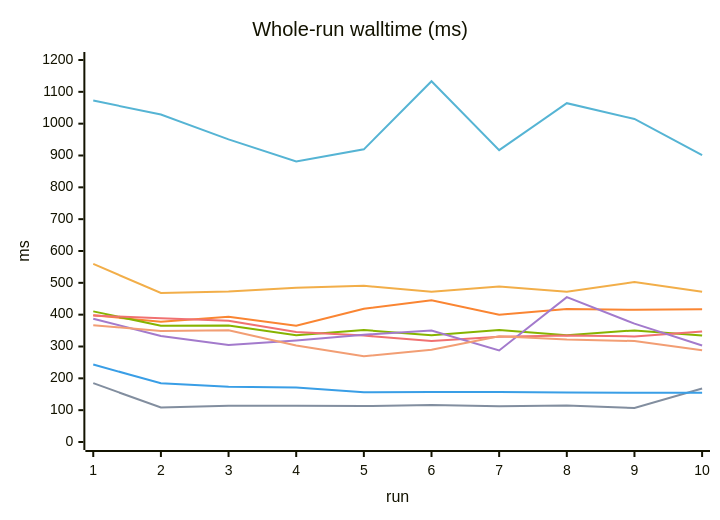
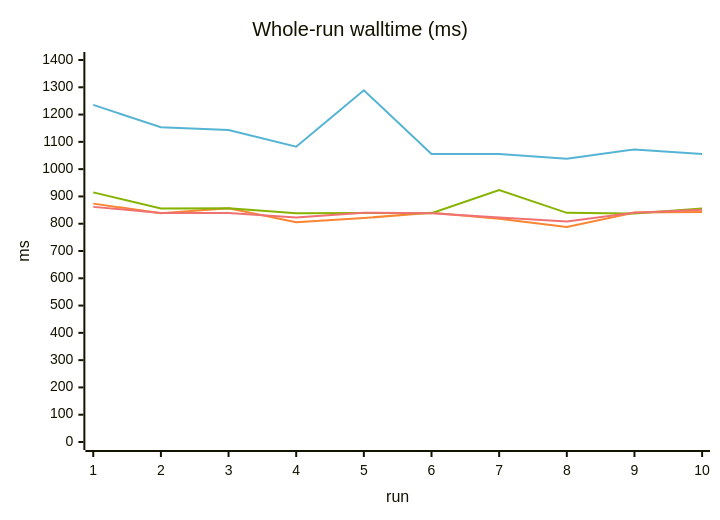
Before and after one commit to OpenPolyfill/WebHID: the third of 3 diagrams in docs/BENCHMARK.md, drawn with Mermaid. The commit also changed other lines of this file and 5 other files, not shown here.

````diff
--- a/docs/BENCHMARK.md
+++ b/docs/BENCHMARK.md
@@ -124,21 +75,16 @@
 ```mermaid
 ---
 config:
   themeVariables:
     xyChart:
-      plotColorPalette: '#55b4d4, #fa8532, #86b300, #f07171, #828e9f, #f2ae49, #399ee6, #a37acc, #f29e74'
+      plotColorPalette: '#55b4d4, #fa8532, #86b300, #f07171'
 ---
 xychart
     title "Whole-run walltime (ms)"
     x-axis "run" [1, 2, 3, 4, 5, 6, 7, 8, 9, 10]
-    y-axis "ms" 0 --> 1200
-    line "nm" [1072.6, 1028.6, 950.8, 881.3, 919.3, 1133.4, 916.8, 1064.3, 1014.8, 901.0]
-    line "ws" [398.1, 377.7, 393.5, 365.5, 418.3, 445.3, 399.9, 417.6, 415.4, 416.9]
-    line "wt-inpage" [410.4, 365.0, 365.7, 335.7, 351.8, 335.3, 351.6, 335.2, 350.6, 334.6]
-    line "wt" [397.1, 388.6, 381.2, 345.5, 334.4, 317.1, 330.7, 334.8, 331.6, 347.2]
-    line "native" [184.9, 108.2, 113.9, 114.1, 112.7, 116.0, 112.5, 114.3, 106.6, 168.0]
-    line "chr-nm" [559.5, 468.0, 473.0, 484.9, 490.7, 472.2, 488.7, 471.8, 502.3, 472.2]
-    line "chr-ws" [243.4, 184.5, 173.8, 171.2, 156.5, 157.4, 157.3, 155.8, 154.5, 154.6]
-    line "chr-wt-inpage" [387.0, 333.2, 304.4, 318.5, 337.1, 350.4, 287.6, 455.1, 371.8, 303.3]
-    line "chr-wt" [366.9, 348.9, 350.9, 303.0, 269.6, 289.6, 332.1, 321.8, 317.2, 288.1]
+    y-axis "ms" 0 --> 1400
+    line "nm" [1235.5, 1153.4, 1143.6, 1082.3, 1288.9, 1055.7, 1055.1, 1038.3, 1072.3, 1055.8]
+    line "ws" [873.6, 838.8, 857.0, 805.3, 820.9, 840.3, 817.9, 788.3, 840.8, 843.2]
+    line "wt-inpage" [914.9, 856.0, 856.3, 838.4, 839.5, 838.3, 923.0, 839.8, 837.6, 855.8]
+    line "wt" [861.7, 839.4, 839.3, 822.6, 840.2, 837.9, 822.8, 807.7, 840.2, 851.2]
 ```
````
